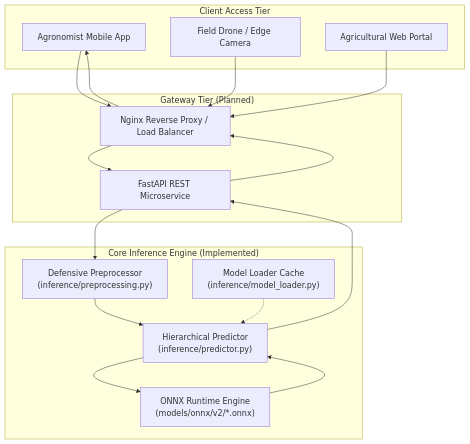
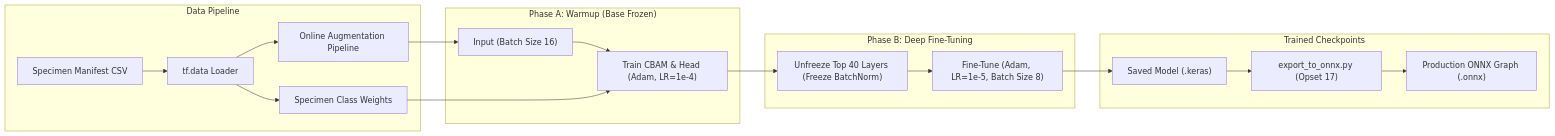
Before and after one commit to ranitadhikari2023/plant-disease-detection: the fifth of 7 diagrams in docs/FINAL_PROJECT_ANALYSIS_REPORT.md, drawn with Mermaid. The commit also changed other lines of this file and 93 other files, not shown here.

````diff
--- a/docs/FINAL_PROJECT_ANALYSIS_REPORT.md
+++ b/docs/FINAL_PROJECT_ANALYSIS_REPORT.md
@@ -938,33 +963,25 @@
 ```mermaid
-flowchart TD
-    subgraph Client_Layer ["Client Access Tier"]
-        C1["Agronomist Mobile App"]
-        C2["Field Drone / Edge Camera"]
-        C3["Agricultural Web Portal"]
+flowchart LR
+    subgraph Data ["Data Pipeline"]
+        CSV["Specimen Manifest CSV"] --> LOADER["tf.data Loader"]
+        LOADER --> AUG["Online Augmentation Pipeline"]
+        LOADER --> WEIGHTS["Specimen Class Weights"]
     end
 
-    subgraph API_Gateway ["Gateway Tier (Planned)"]
-        G1["Nginx Reverse Proxy / Load Balancer"]
-        G2["FastAPI REST Microservice"]
+    subgraph PhaseA ["Phase A: Warmup (Base Frozen)"]
+        AUG --> WARM_IN["Input (Batch Size 16)"]
+        WARM_IN --> WARM_FIT["Train CBAM & Head (Adam, LR=1e-4)"]
+        WEIGHTS --> WARM_FIT
     end
 
-    subgraph Service_Core ["Core Inference Engine (Implemented)"]
-        P1["Defensive Preprocessor<br/>(inference/preprocessing.py)"]
-        P2["Model Loader Cache<br/>(inference/model_loader.py)"]
-        P3["Hierarchical Predictor<br/>(inference/predictor.py)"]
-        P4["ONNX Runtime Engine<br/>(models/onnx/v2/*.onnx)"]
+    subgraph PhaseB ["Phase B: Deep Fine-Tuning"]
+        WARM_FIT --> UNFREEZE["Unfreeze Top 40 Layers (Freeze BatchNorm)"]
+        UNFREEZE --> FINE_FIT["Fine-Tune (Adam, LR=1e-5, Batch Size 8)"]
     end
 
-    C1 --> G1
-    C2 --> G1
-    C3 --> G1
-    G1 --> G2
-    G2 --> P1
-    P1 --> P3
-    P2 -.-> P3
-    P3 --> P4
-    P4 --> P3
-    P3 --> G2
-    G2 --> G1
-    G1 --> C1
+    subgraph Artifacts ["Trained Checkpoints"]
+        FINE_FIT --> SAVED["Saved Model (.keras)"]
+        SAVED --> ONNX_EXP["export_to_onnx.py (Opset 17)"]
+        ONNX_EXP --> ONNX_MOD["Production ONNX Graph (.onnx)"]
+    end
 ```
````
